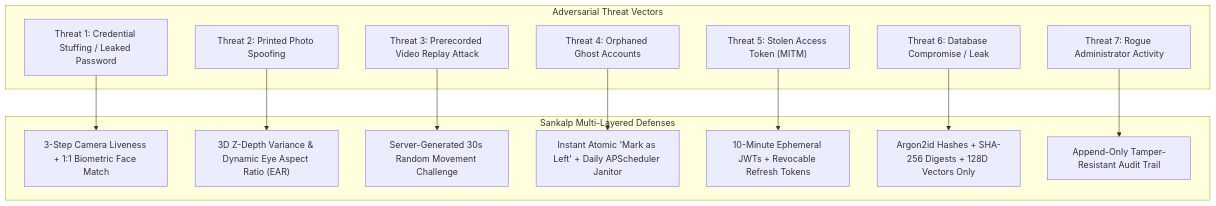
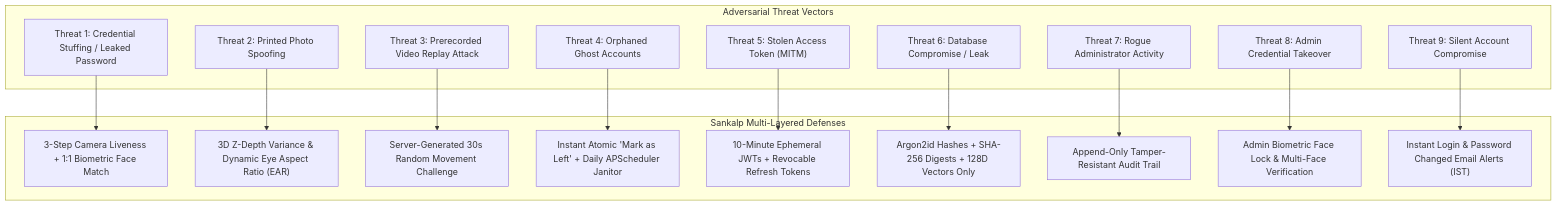
One commit to ShreyansDey/Sankalp_SSO_with_liveness changed the first of 2 diagrams in docs/specs/security.md. Above: the diagram before and after it, drawn with Mermaid. The commit also changed other lines of this file and 12 other files, not shown here.

````diff
--- a/docs/specs/security.md
+++ b/docs/specs/security.md
@@ -13,30 +13,36 @@
 ```mermaid
 flowchart TD
     subgraph Attacks ["Adversarial Threat Vectors"]
         T1["Threat 1: Credential Stuffing / Leaked Password"]
         T2["Threat 2: Printed Photo Spoofing"]
         T3["Threat 3: Prerecorded Video Replay Attack"]
         T4["Threat 4: Orphaned Ghost Accounts"]
         T5["Threat 5: Stolen Access Token (MITM)"]
         T6["Threat 6: Database Compromise / Leak"]
         T7["Threat 7: Rogue Administrator Activity"]
+        T8["Threat 8: Admin Credential Takeover"]
+        T9["Threat 9: Silent Account Compromise"]
     end
 
     subgraph Defenses ["Sankalp Multi-Layered Defenses"]
         D1["3-Step Camera Liveness + 1:1 Biometric Face Match"]
         D2["3D Z-Depth Variance & Dynamic Eye Aspect Ratio (EAR)"]
         D3["Server-Generated 30s Random Movement Challenge"]
         D4["Instant Atomic 'Mark as Left' + Daily APScheduler Janitor"]
         D5["10-Minute Ephemeral JWTs + Revocable Refresh Tokens"]
         D6["Argon2id Hashes + SHA-256 Digests + 128D Vectors Only"]
         D7["Append-Only Tamper-Resistant Audit Trail"]
+        D8["Admin Biometric Face Lock & Multi-Face Verification"]
+        D9["Instant Login & Password Changed Email Alerts (IST)"]
     end
 
     T1 --> D1
     T2 --> D2
     T3 --> D3
     T4 --> D4
     T5 --> D5
     T6 --> D6
     T7 --> D7
+    T8 --> D8
+    T9 --> D9
 ```
````
